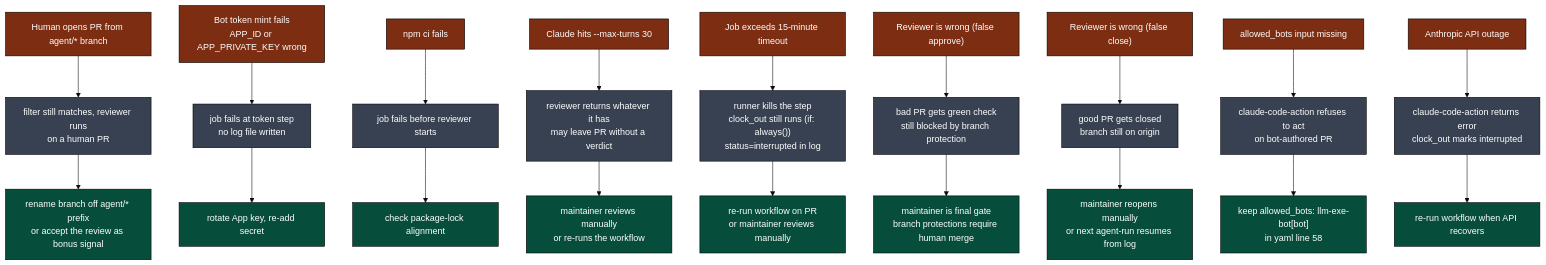
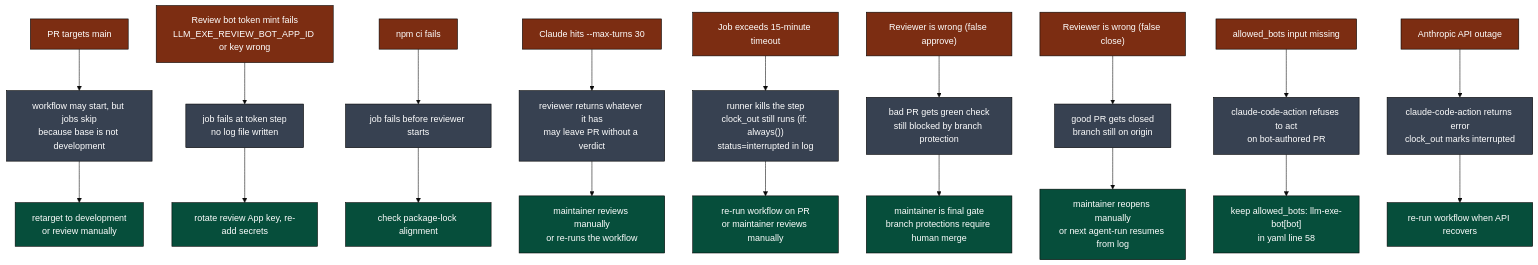
Diagram 11 of 12 in .github/docs/AGENT_REVIEW_PR_DEEP_DIVE.md (gregreindel/llm-exe), drawn with Mermaid (base theme) before and after one commit. The commit also changed other lines of this file and 2 other files, not shown here.

Commit message:
use review bot in workflows

````diff
--- a/.github/docs/AGENT_REVIEW_PR_DEEP_DIVE.md
+++ b/.github/docs/AGENT_REVIEW_PR_DEEP_DIVE.md
@@ -521,50 +527,50 @@
 ```mermaid
 flowchart TB
     classDef fail fill:#7c2d12,color:#fff,stroke:#000
     classDef effect fill:#374151,color:#fff,stroke:#000
     classDef fix fill:#064e3b,color:#fff,stroke:#000
 
-    F1["Human opens PR from agent/* branch"]:::fail
-    F1 --> F1E["filter still matches, reviewer runs\non a human PR"]:::effect
-    F1E --> F1X["rename branch off agent/* prefix\nor accept the review as bonus signal"]:::fix
+    F1["PR targets main"]:::fail
+    F1 --> F1E["workflow may start, but jobs skip\nbecause base is not development"]:::effect
+    F1E --> F1X["retarget to development\nor review manually"]:::fix
 
-    F2["Bot token mint fails\nAPP_ID or APP_PRIVATE_KEY wrong"]:::fail
+    F2["Review bot token mint fails\nLLM_EXE_REVIEW_BOT_APP_ID or key wrong"]:::fail
     F2 --> F2E["job fails at token step\nno log file written"]:::effect
-    F2X["rotate App key, re-add secret"]:::fix
+    F2X["rotate review App key, re-add secrets"]:::fix
     F2E --> F2X
 
     F3["npm ci fails"]:::fail
     F3 --> F3E["job fails before reviewer starts"]:::effect
     F3X["check package-lock alignment"]:::fix
     F3E --> F3X
 
     F4["Claude hits --max-turns 30"]:::fail
     F4 --> F4E["reviewer returns whatever it has\nmay leave PR without a verdict"]:::effect
     F4X["maintainer reviews manually\nor re-runs the workflow"]:::fix
     F4E --> F4X
 
     F5["Job exceeds 15-minute timeout"]:::fail
     F5 --> F5E["runner kills the step\nclock_out still runs (if: always())\nstatus=interrupted in log"]:::effect
     F5X["re-run workflow on PR\nor maintainer reviews manually"]:::fix
     F5E --> F5X
 
     F6["Reviewer is wrong (false approve)"]:::fail
     F6 --> F6E["bad PR gets green check\nstill blocked by branch protection"]:::effect
     F6X["maintainer is final gate\nbranch protections require human merge"]:::fix
     F6E --> F6X
 
     F7["Reviewer is wrong (false close)"]:::fail
     F7 --> F7E["good PR gets closed\nbranch still on origin"]:::effect
     F7X["maintainer reopens manually\nor next agent-run resumes from log"]:::fix
     F7E --> F7X
 
     F8["allowed_bots input missing"]:::fail
     F8 --> F8E["claude-code-action refuses to act\non bot-authored PR"]:::effect
     F8X["keep allowed_bots: llm-exe-bot[bot]\nin yaml line 58"]:::fix
     F8E --> F8X
 
     F9["Anthropic API outage"]:::fail
     F9 --> F9E["claude-code-action returns error\nclock_out marks interrupted"]:::effect
     F9X["re-run workflow when API recovers"]:::fix
     F9E --> F9X
 ```
````
